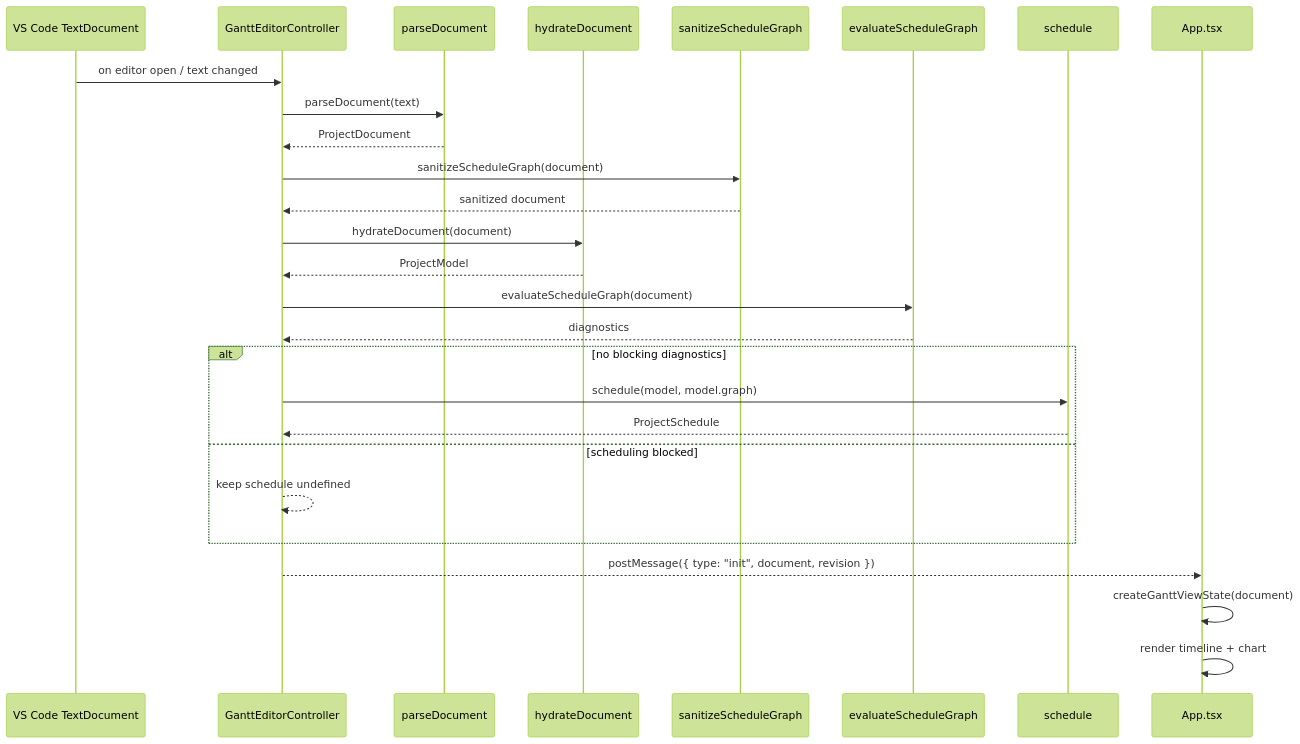
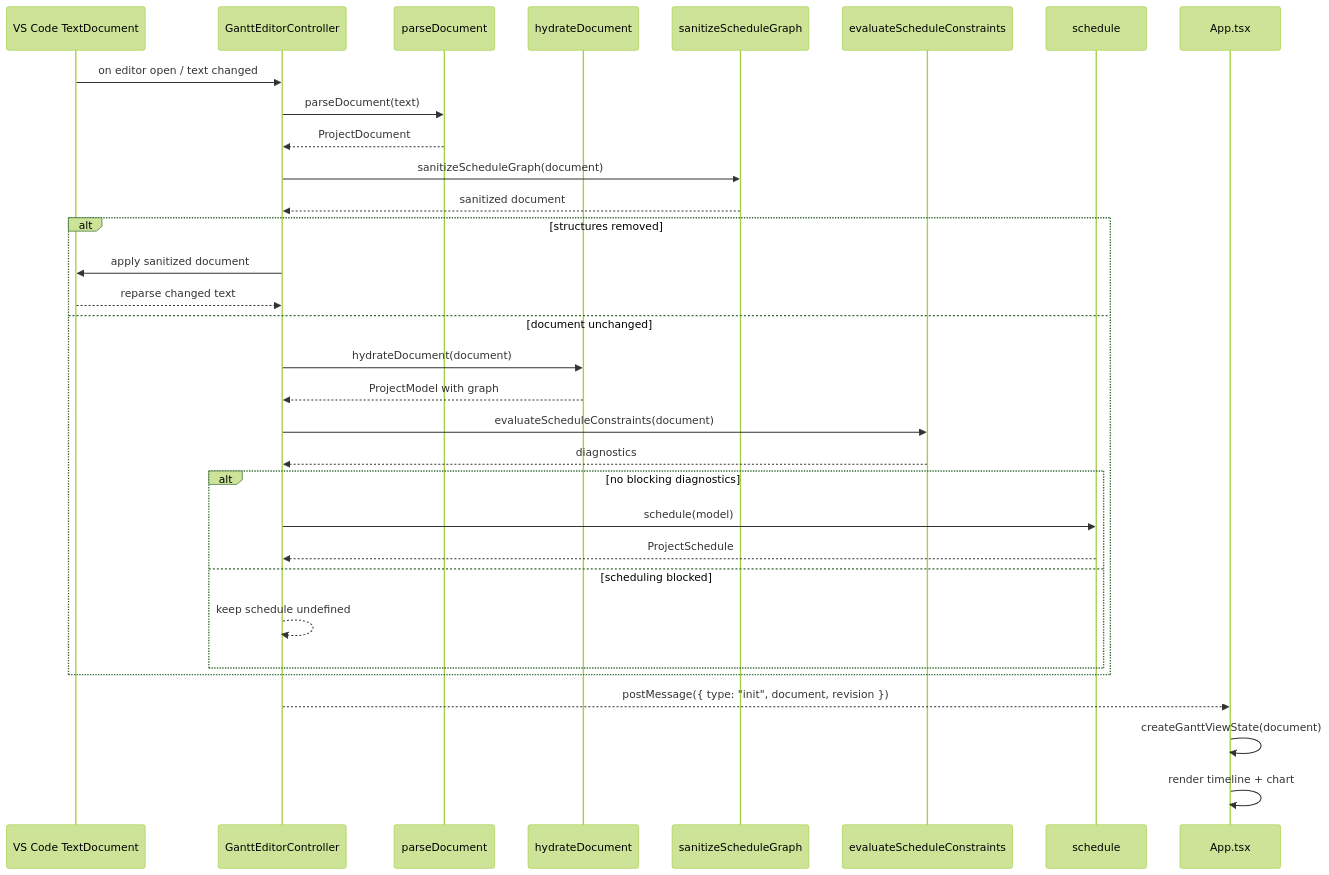
The third of 6 diagrams in docs/documentation/gantt-model-hydration.md (sergehas/ganttee), drawn with Mermaid (forest theme) before and after one commit. The commit also changed other lines of this file and 11 other files, not shown here.

````diff
--- a/docs/documentation/gantt-model-hydration.md
+++ b/docs/documentation/gantt-model-hydration.md
@@ -130,30 +134,35 @@
 ```mermaid
 sequenceDiagram
     participant VSC as VS Code TextDocument
     participant Ctrl as GanttEditorController
     participant Parse as parseDocument
     participant Hydrate as hydrateDocument
     participant Sanitize as sanitizeScheduleGraph
-    participant Eval as evaluateScheduleGraph
+    participant Eval as evaluateScheduleConstraints
     participant Scheduler as schedule
     participant App as App.tsx
 
     VSC->>Ctrl: on editor open / text changed
     Ctrl->>Parse: parseDocument(text)
     Parse-->>Ctrl: ProjectDocument
     Ctrl->>Sanitize: sanitizeScheduleGraph(document)
     Sanitize-->>Ctrl: sanitized document
-    Ctrl->>Hydrate: hydrateDocument(document)
-    Hydrate-->>Ctrl: ProjectModel
-    Ctrl->>Eval: evaluateScheduleGraph(document)
-    Eval-->>Ctrl: diagnostics
-    alt no blocking diagnostics
-        Ctrl->>Scheduler: schedule(model, model.graph)
-        Scheduler-->>Ctrl: ProjectSchedule
-    else scheduling blocked
-        Ctrl-->>Ctrl: keep schedule undefined
+    alt structures removed
+        Ctrl->>VSC: apply sanitized document
+        VSC-->>Ctrl: reparse changed text
+    else document unchanged
+        Ctrl->>Hydrate: hydrateDocument(document)
+        Hydrate-->>Ctrl: ProjectModel with graph
+        Ctrl->>Eval: evaluateScheduleConstraints(document)
+        Eval-->>Ctrl: diagnostics
+        alt no blocking diagnostics
+            Ctrl->>Scheduler: schedule(model)
+            Scheduler-->>Ctrl: ProjectSchedule
+        else scheduling blocked
+            Ctrl-->>Ctrl: keep schedule undefined
+        end
     end
     Ctrl-->>App: postMessage({ type: "init", document, revision })
     App->>App: createGanttViewState(document)
     App->>App: render timeline + chart
 ```
````
